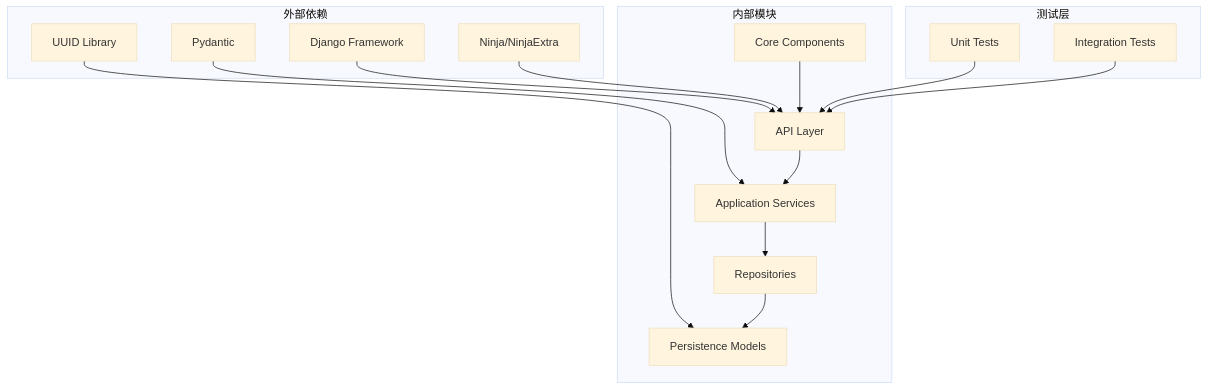
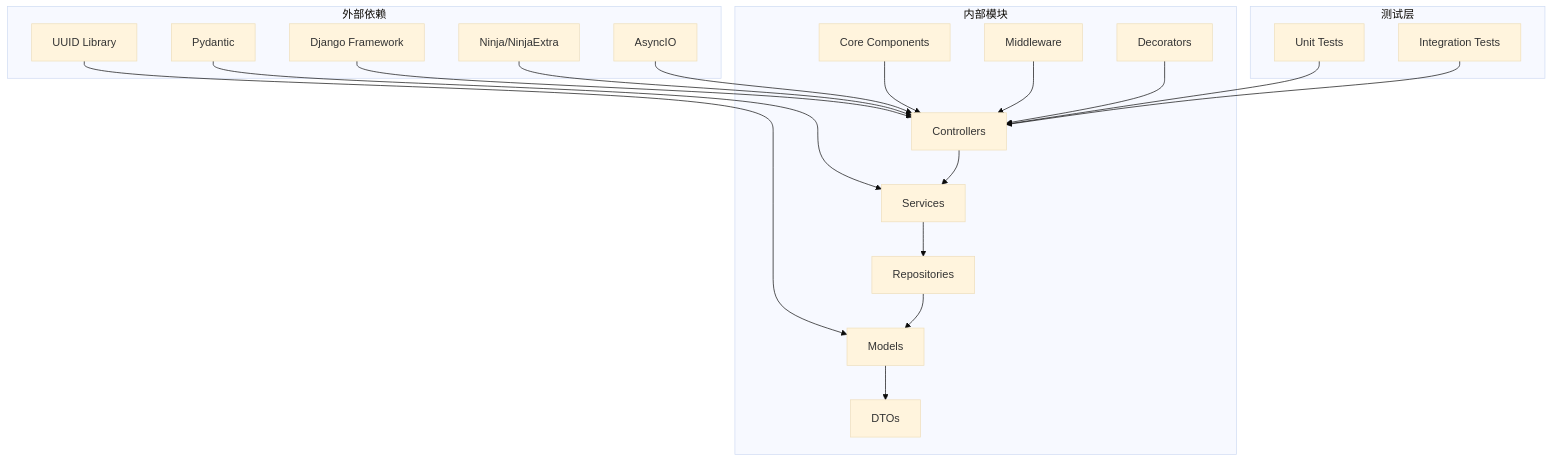
Before and after one commit to taoweidong/Hello-Django-Ninja-Api: diagram 13 of 14 in .qoder/repowiki/zh/content/API 接口文档/系统管理接口.md, drawn with Mermaid (base theme). The commit also changed other lines of this file and 7 other files, not shown here.

````diff
--- a/.qoder/repowiki/zh/content/API 接口文档/系统管理接口.md
+++ b/.qoder/repowiki/zh/content/API 接口文档/系统管理接口.md
@@ -633,30 +704,38 @@
 ```mermaid
 graph TB
 subgraph "外部依赖"
 A[Django Framework]
 B[Ninja/NinjaExtra]
 C[Pydantic]
 D[UUID Library]
+E[AsyncIO]
 end
 subgraph "内部模块"
-E[API Layer]
-F[Application Services]
-G[Repositories]
-H[Persistence Models]
-I[Core Components]
+F[Controllers]
+G[Services]
+H[Repositories]
+I[Models]
+J[DTOs]
+K[Core Components]
+L[Middleware]
+M[Decorators]
 end
 subgraph "测试层"
-J[Unit Tests]
-K[Integration Tests]
+N[Unit Tests]
+O[Integration Tests]
 end
-A --> E
-B --> E
-C --> F
-D --> H
+A --> F
+B --> F
+C --> G
+D --> I
 E --> F
 F --> G
 G --> H
-I --> E
-J --> E
-K --> E
+H --> I
+I --> J
+K --> F
+L --> F
+M --> F
+N --> F
+O --> F
 ```
````
